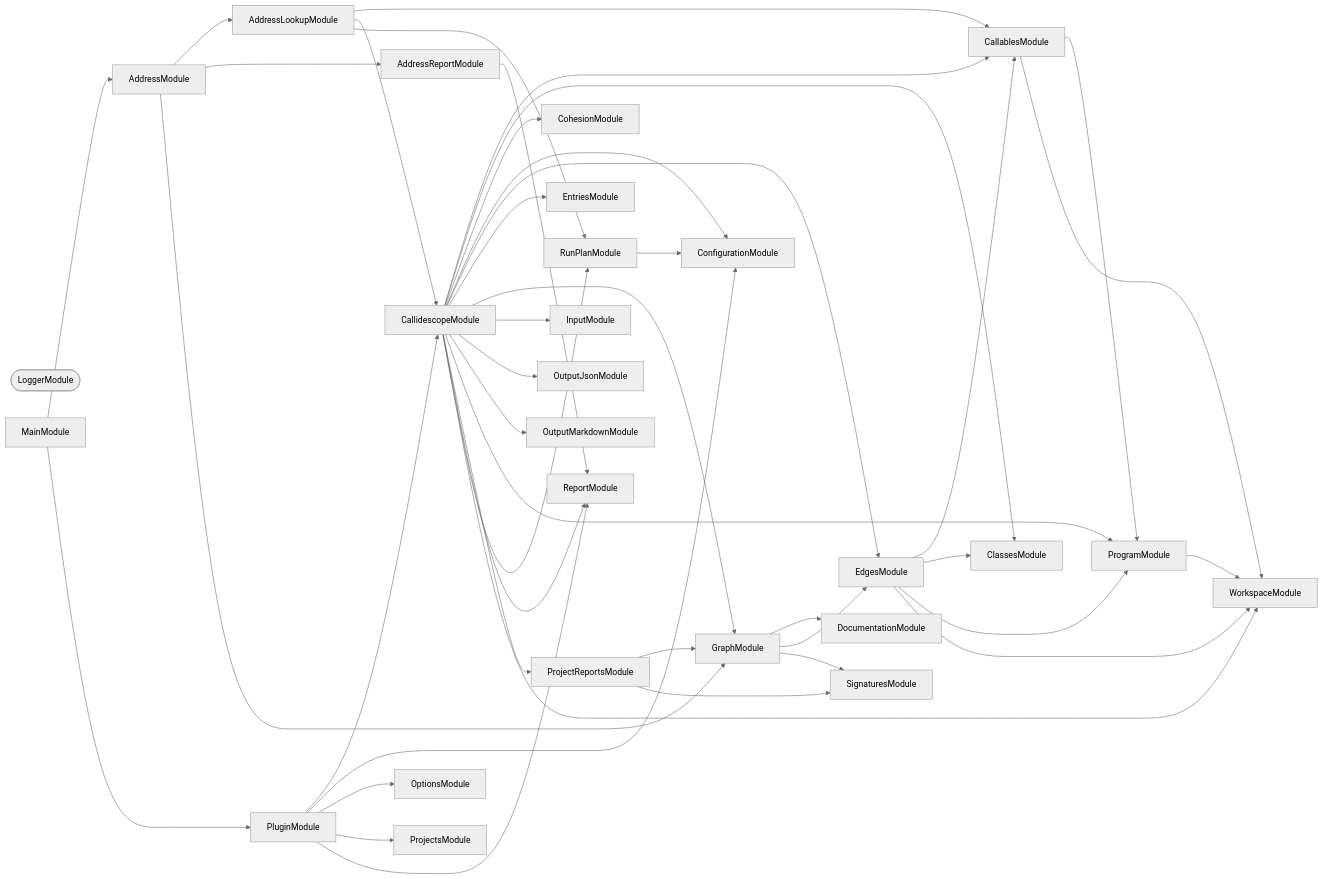
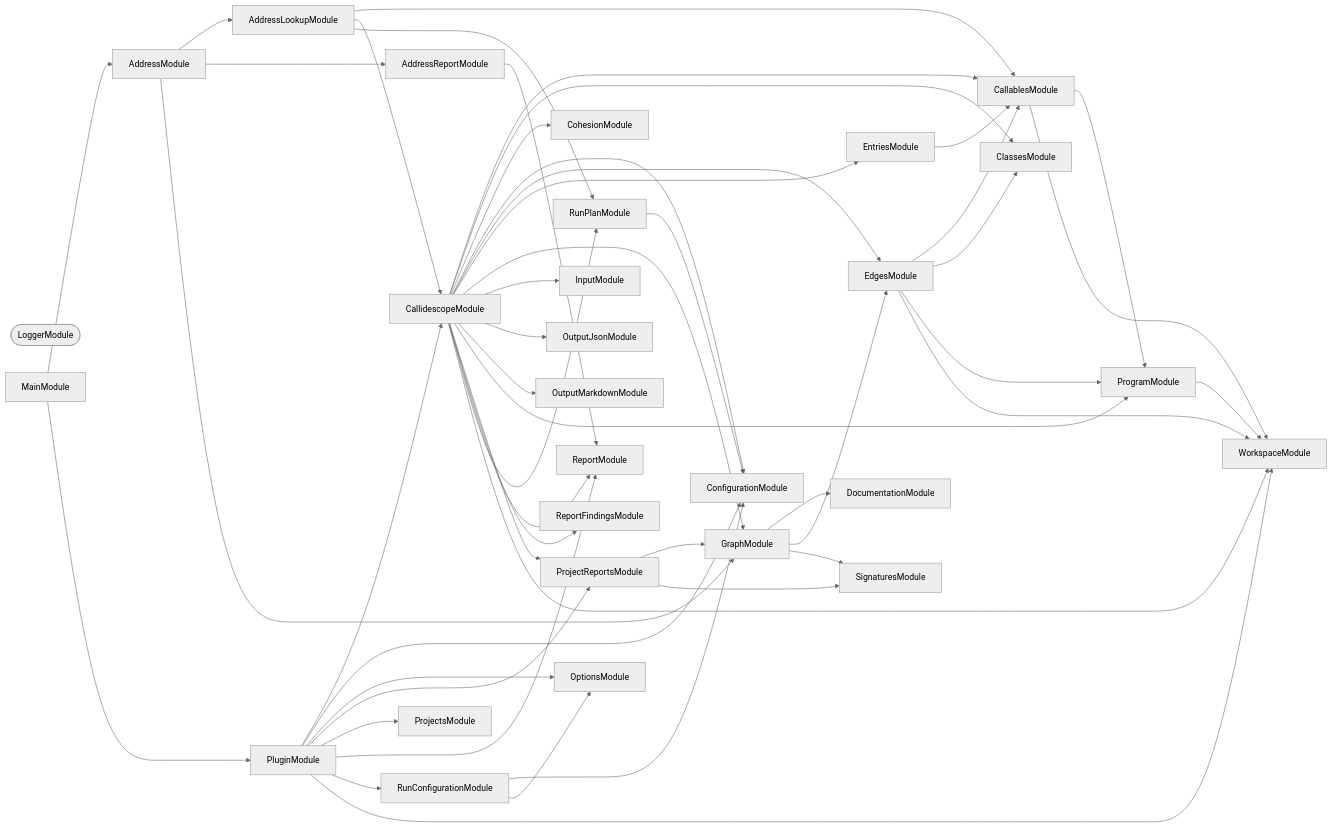
The second of 3 diagrams in packages/callidescope-nx/README.md (JimmyPaolini/codebase), drawn with Mermaid (neutral theme) before and after one commit. The commit also changed other lines of this file and 7 other files, not shown here.

Commit message:
fix(callidescope): 🐛 fail a gate that read none of the judged project's own files

````diff
--- a/packages/callidescope-nx/README.md
+++ b/packages/callidescope-nx/README.md
@@ -293,71 +315,80 @@
 ```mermaid
 flowchart LR
   AddressLookupModule
   AddressModule
   AddressReportModule
   CallablesModule
   CallidescopeModule
   ClassesModule
   CohesionModule
   ConfigurationModule
   DocumentationModule
   EdgesModule
   EntriesModule
   GraphModule
   InputModule
   LoggerModule([LoggerModule])
   MainModule
   OptionsModule
   OutputJsonModule
   OutputMarkdownModule
   PluginModule
   ProgramModule
   ProjectReportsModule
   ProjectsModule
+  ReportFindingsModule
   ReportModule
+  RunConfigurationModule
   RunPlanModule
   SignaturesModule
   WorkspaceModule
   AddressLookupModule --> CallablesModule
   AddressLookupModule --> CallidescopeModule
   AddressLookupModule --> RunPlanModule
   AddressModule --> AddressLookupModule
   AddressModule --> AddressReportModule
   AddressModule --> GraphModule
   AddressReportModule --> ReportModule
   CallablesModule --> ProgramModule
   CallablesModule --> WorkspaceModule
   CallidescopeModule --> CallablesModule
   CallidescopeModule --> ClassesModule
   CallidescopeModule --> CohesionModule
   CallidescopeModule --> ConfigurationModule
   CallidescopeModule --> EdgesModule
   CallidescopeModule --> EntriesModule
   CallidescopeModule --> GraphModule
   CallidescopeModule --> InputModule
   CallidescopeModule --> OutputJsonModule
   CallidescopeModule --> OutputMarkdownModule
   CallidescopeModule --> ProgramModule
   CallidescopeModule --> ProjectReportsModule
+  CallidescopeModule --> ReportFindingsModule
   CallidescopeModule --> ReportModule
   CallidescopeModule --> RunPlanModule
   CallidescopeModule --> WorkspaceModule
   EdgesModule --> CallablesModule
   EdgesModule --> ClassesModule
   EdgesModule --> ProgramModule
   EdgesModule --> WorkspaceModule
+  EntriesModule --> CallablesModule
   GraphModule --> DocumentationModule
   GraphModule --> EdgesModule
   GraphModule --> SignaturesModule
   MainModule --> AddressModule
   MainModule --> PluginModule
   PluginModule --> CallidescopeModule
   PluginModule --> ConfigurationModule
   PluginModule --> OptionsModule
+  PluginModule --> ProjectReportsModule
   PluginModule --> ProjectsModule
   PluginModule --> ReportModule
+  PluginModule --> RunConfigurationModule
+  PluginModule --> WorkspaceModule
   ProgramModule --> WorkspaceModule
   ProjectReportsModule --> GraphModule
   ProjectReportsModule --> SignaturesModule
+  RunConfigurationModule --> ConfigurationModule
+  RunConfigurationModule --> OptionsModule
   RunPlanModule --> ConfigurationModule
 ```
````
